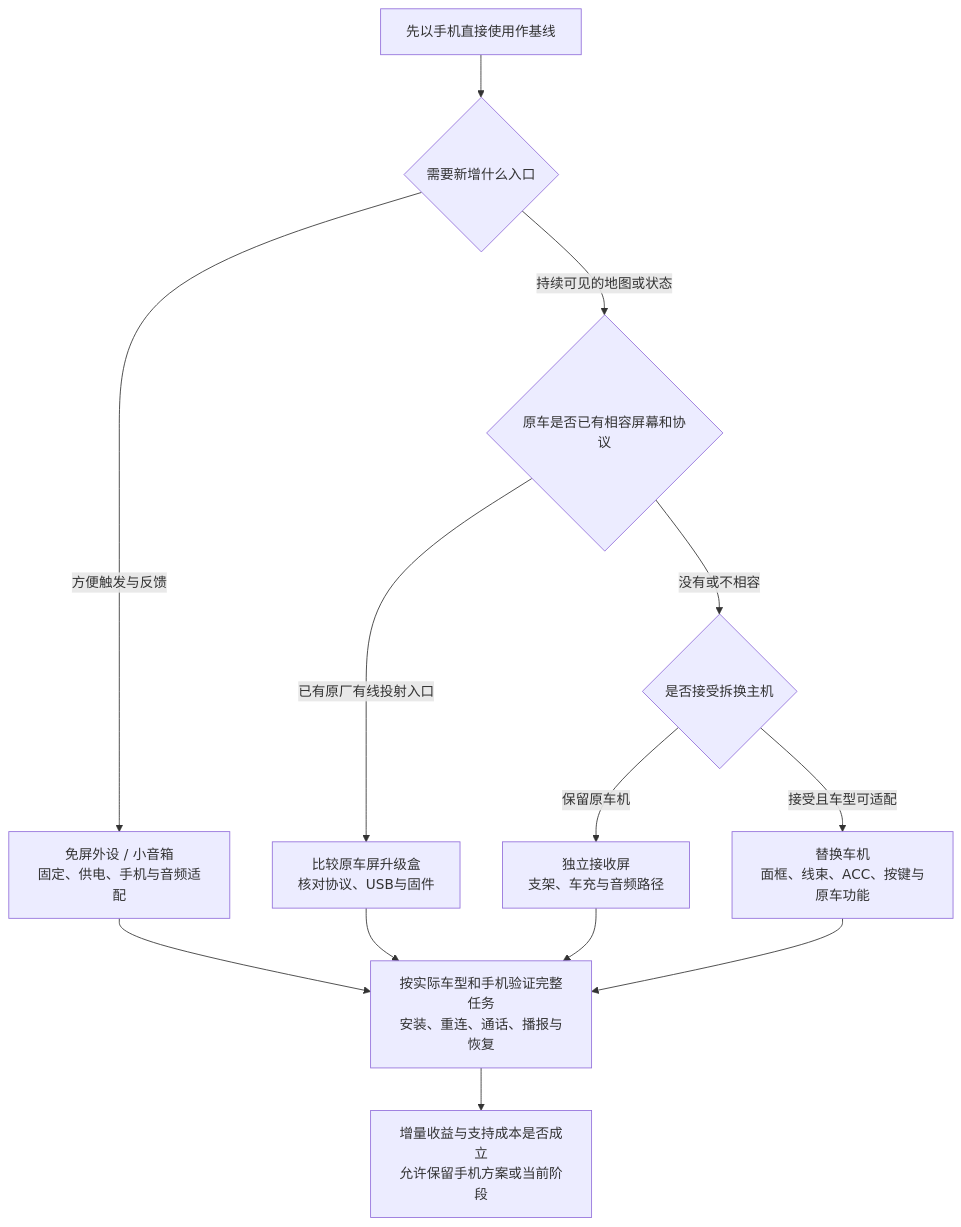
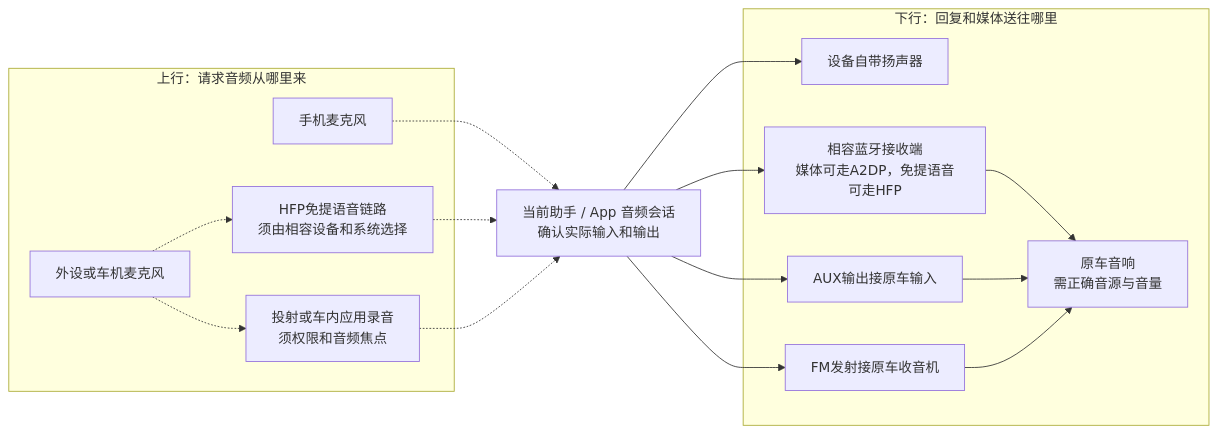
The diagram in dist/diagrams/fig-07.mmd (DreamSoul-AI/in-vehicle-ai-research), drawn with Mermaid before and after one commit. The commit also changed 42 other files, not shown here.

```diff
--- a/dist/diagrams/fig-07.mmd
+++ b/dist/diagrams/fig-07.mmd
@@ -1,18 +1,35 @@
-%% title: 硬件载体与安装选型
-%% 图3 按车辆条件选择载体。分析示意，是评估分支，不是采购推荐或保证兼容。
+%% title: 音频与麦克风路径
+%% 音频与拾音的可选路径，不代表全部链路可同时使用。
+%% 虚线输入需系统选择、权限与实机核对；实线表示所选输出路径。
+%% 来源 https://www.bluetooth.com/specifications/specs/hands-free-profile-1-10/
+%% 来源 https://developer.android.com/develop/connectivity/bluetooth/profiles
+%% 来源 https://developer.android.com/training/cars/apps/library/car-microphone
+%% 来源 https://support.avantree.com/hc/en-us/articles/50767188774937-How-to-Make-a-Call-by-Voice-Command
 %% 来源 https://carpuride.com/products/carpuride-w903-portable-smart-multimedia-dashboard-console-with-front-camera
-%% 来源 https://www.atotodirect.com/en-gb/pages/manual-460-en
-%% 来源 https://www.carlinkit.com/uhd6225
-flowchart TB
-  START["先以手机直接使用作基线"] --> NEED{"需要新增什么入口"}
-  NEED -->|"方便触发与反馈"| VOICE["免屏外设 / 小音箱<br/>固定、供电、手机与音频适配"]
-  NEED -->|"持续可见的地图或状态"| SCREEN{"原车是否已有相容屏幕和协议"}
-  SCREEN -->|"已有原厂有线投射入口"| BOX["比较原车屏升级盒<br/>核对协议、USB与固件"]
-  SCREEN -->|"没有或不相容"| INSTALL{"是否接受拆换主机"}
-  INSTALL -->|"保留原车机"| PORTABLE["独立接收屏<br/>支架、车充与音频路径"]
-  INSTALL -->|"接受且车型可适配"| HEADUNIT["替换车机<br/>面框、线束、ACC、按键与原车功能"]
-  VOICE --> VALIDATE["按实际车型和手机验证完整任务<br/>安装、重连、通话、播报与恢复"]
-  BOX --> VALIDATE
-  PORTABLE --> VALIDATE
-  HEADUNIT --> VALIDATE
-  VALIDATE --> DECIDE["增量收益与支持成本是否成立<br/>允许保留手机方案或当前阶段"]
+flowchart LR
+  subgraph INPUT["上行：请求音频从哪里来"]
+    PHONE_MIC["手机麦克风"]
+    DEVICE_MIC["外设或车机麦克风"]
+    HFP["HFP免提语音链路<br/>须由相容设备和系统选择"]
+    PROJECTION["投射或车内应用录音<br/>须权限和音频焦点"]
+  end
+  SESSION["当前助手 / App 音频会话<br/>确认实际输入和输出"]
+  PHONE_MIC -.-> SESSION
+  DEVICE_MIC -.-> HFP
+  DEVICE_MIC -.-> PROJECTION
+  HFP -.-> SESSION
+  PROJECTION -.-> SESSION
+  subgraph OUTPUT["下行：回复和媒体送往哪里"]
+    OWN["设备自带扬声器"]
+    BT["相容蓝牙接收端<br/>媒体可走A2DP，免提语音可走HFP"]
+    AUX["AUX输出接原车输入"]
+    FM["FM发射接原车收音机"]
+    CAR["原车音响<br/>需正确音源与音量"]
+    BT --> CAR
+    AUX --> CAR
+    FM --> CAR
+  end
+  SESSION --> OWN
+  SESSION --> BT
+  SESSION --> AUX
+  SESSION --> FM
```
